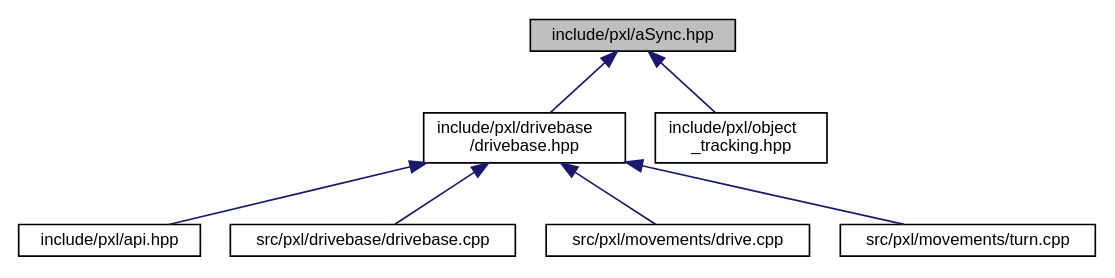
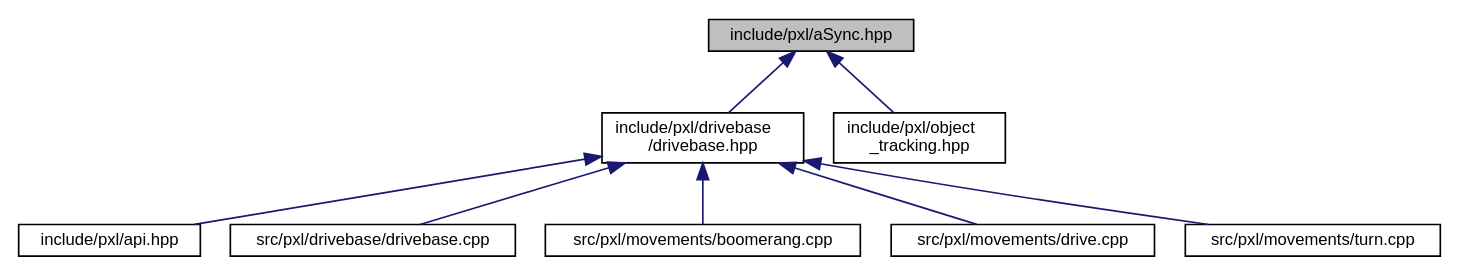
Before and after one commit to Pixel-Lib/Pixel: the diagram in aSync_8hpp__dep__incl.dot, drawn with Graphviz. The commit also changed 250 other files, not shown here.

```diff
--- a/aSync_8hpp__dep__incl.dot
+++ b/aSync_8hpp__dep__incl.dot
@@ -1,19 +1,21 @@
 digraph "include/pxl/aSync.hpp"
 {
  // LATEX_PDF_SIZE
   edge [fontname="Helvetica",fontsize="10",labelfontname="Helvetica",labelfontsize="10"];
   node [fontname="Helvetica",fontsize="10",shape=record];
   Node1 [label="include/pxl/aSync.hpp",height=0.2,width=0.4,color="black", fillcolor="grey75", style="filled", fontcolor="black",tooltip=" "];
   Node1 -> Node2 [dir="back",color="midnightblue",fontsize="10",style="solid",fontname="Helvetica"];
   Node2 [label="include/pxl/drivebase\l/drivebase.hpp",height=0.2,width=0.4,color="black", fillcolor="white", style="filled",URL="$drivebase_8hpp.html",tooltip=" "];
   Node2 -> Node3 [dir="back",color="midnightblue",fontsize="10",style="solid",fontname="Helvetica"];
   Node3 [label="include/pxl/api.hpp",height=0.2,width=0.4,color="black", fillcolor="white", style="filled",URL="$api_8hpp.html",tooltip=" "];
   Node2 -> Node4 [dir="back",color="midnightblue",fontsize="10",style="solid",fontname="Helvetica"];
   Node4 [label="src/pxl/drivebase/drivebase.cpp",height=0.2,width=0.4,color="black", fillcolor="white", style="filled",URL="$drivebase_8cpp.html",tooltip=" "];
   Node2 -> Node5 [dir="back",color="midnightblue",fontsize="10",style="solid",fontname="Helvetica"];
-  Node5 [label="src/pxl/movements/drive.cpp",height=0.2,width=0.4,color="black", fillcolor="white", style="filled",URL="$drive_8cpp.html",tooltip=" "];
+  Node5 [label="src/pxl/movements/boomerang.cpp",height=0.2,width=0.4,color="black", fillcolor="white", style="filled",URL="$boomerang_8cpp.html",tooltip=" "];
   Node2 -> Node6 [dir="back",color="midnightblue",fontsize="10",style="solid",fontname="Helvetica"];
-  Node6 [label="src/pxl/movements/turn.cpp",height=0.2,width=0.4,color="black", fillcolor="white", style="filled",URL="$turn_8cpp.html",tooltip=" "];
-  Node1 -> Node7 [dir="back",color="midnightblue",fontsize="10",style="solid",fontname="Helvetica"];
-  Node7 [label="include/pxl/object\l_tracking.hpp",height=0.2,width=0.4,color="black", fillcolor="white", style="filled",URL="$object__tracking_8hpp.html",tooltip=" "];
+  Node6 [label="src/pxl/movements/drive.cpp",height=0.2,width=0.4,color="black", fillcolor="white", style="filled",URL="$drive_8cpp.html",tooltip=" "];
+  Node2 -> Node7 [dir="back",color="midnightblue",fontsize="10",style="solid",fontname="Helvetica"];
+  Node7 [label="src/pxl/movements/turn.cpp",height=0.2,width=0.4,color="black", fillcolor="white", style="filled",URL="$turn_8cpp.html",tooltip=" "];
+  Node1 -> Node8 [dir="back",color="midnightblue",fontsize="10",style="solid",fontname="Helvetica"];
+  Node8 [label="include/pxl/object\l_tracking.hpp",height=0.2,width=0.4,color="black", fillcolor="white", style="filled",URL="$object__tracking_8hpp.html",tooltip=" "];
 }
```
